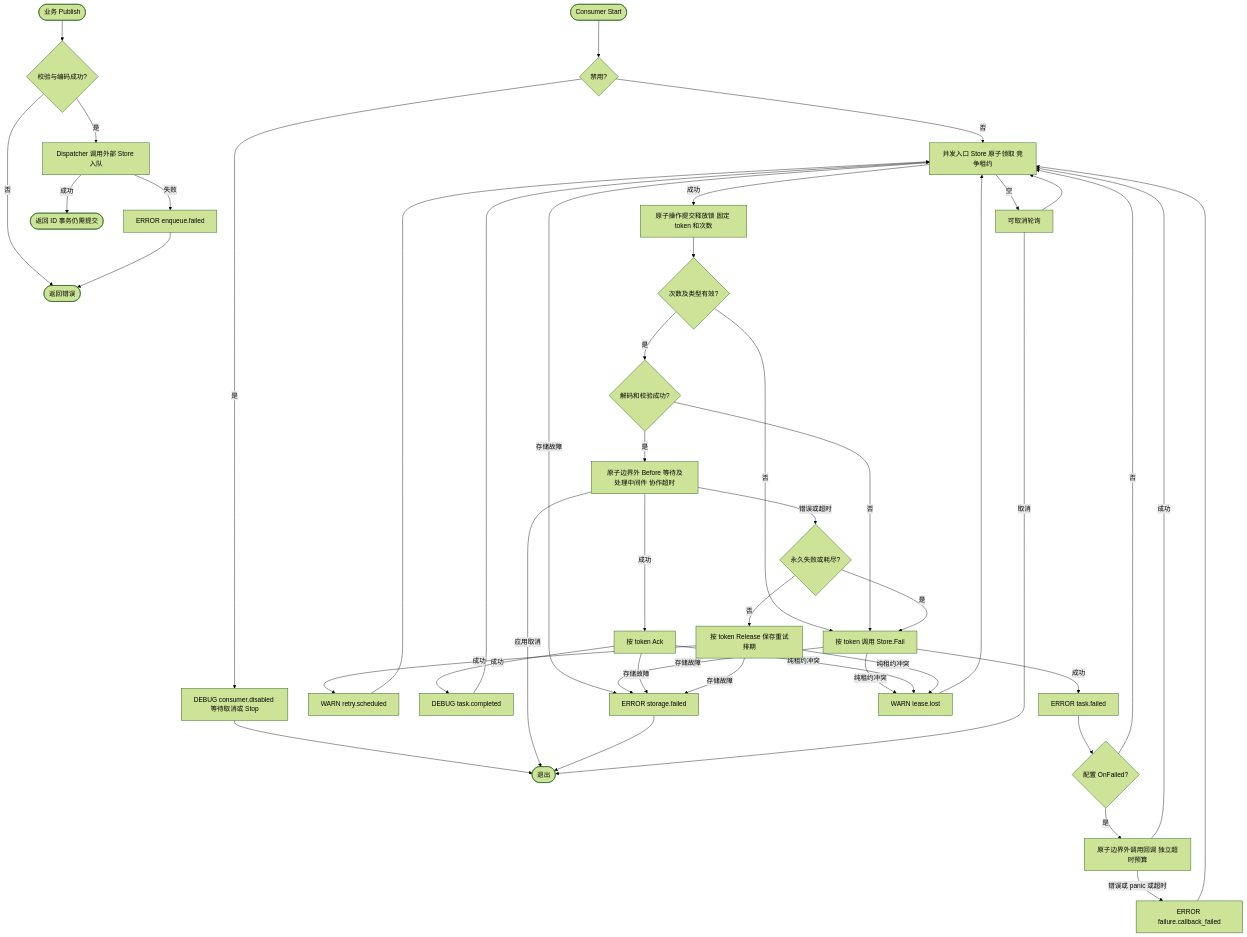
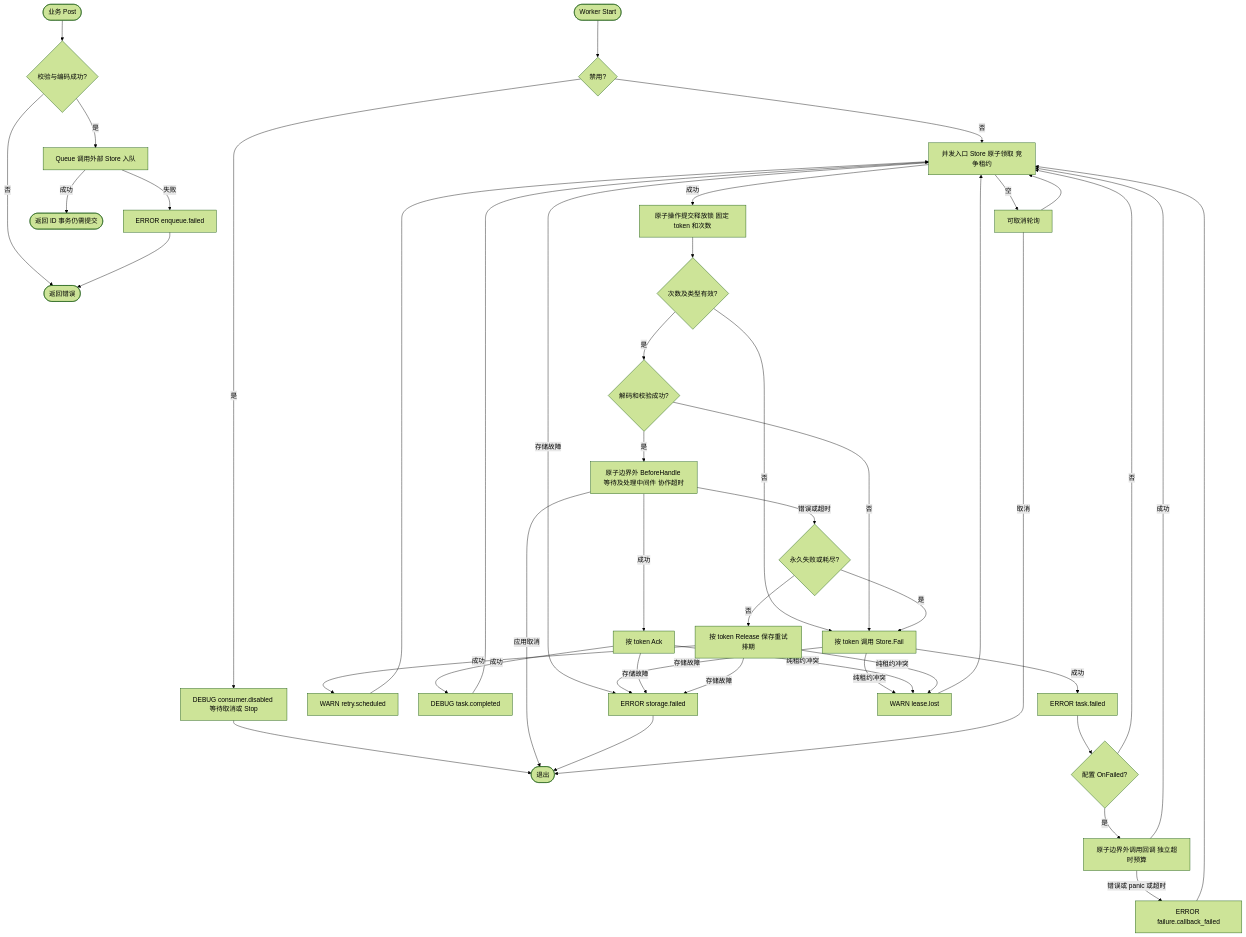
Before and after one commit to jaggerzhuang1994/kratos-foundation: the third of 3 diagrams in pkg/queue/typed.md, drawn with Mermaid (forest theme). The commit also changed other lines of this file and 51 other files, not shown here.

````diff
--- a/pkg/queue/typed.md
+++ b/pkg/queue/typed.md
@@ -130,41 +163,41 @@
 ```mermaid
 flowchart TD
-    A([业务 Publish]) --> B{校验与编码成功?}
+    A([业务 Post]) --> B{校验与编码成功?}
     B -- 否 --> Z([返回错误])
-    B -- 是 --> C[Dispatcher 调用外部 Store 入队]
+    B -- 是 --> C[Queue 调用外部 Store 入队]
     C -- 失败 --> D[ERROR enqueue.failed]
     D --> Z
     C -- 成功 --> E([返回 ID 事务仍需提交])
-    F([Consumer Start]) --> G{禁用?}
+    F([Worker Start]) --> G{禁用?}
     G -- 是 --> H[DEBUG consumer.disabled 等待取消或 Stop]
     H --> END([退出])
     G -- 否 --> I[并发入口 Store 原子领取 竞争租约]
     I -- 空 --> W[可取消轮询]
     W --> I
     I -- 成功 --> J[原子操作提交释放锁 固定 token 和次数]
     J --> K{次数及类型有效?}
     K -- 否 --> FAIL[按 token 调用 Store.Fail]
     K -- 是 --> L{解码和校验成功?}
     L -- 否 --> FAIL
-    L -- 是 --> M[原子边界外 Before 等待及处理中间件 协作超时]
+    L -- 是 --> M[原子边界外 BeforeHandle 等待及处理中间件 协作超时]
     M -- 应用取消 --> END
     M -- 成功 --> ACK[按 token Ack]
     M -- 错误或超时 --> N{永久失败或耗尽?}
     N -- 是 --> FAIL
     N -- 否 --> R[按 token Release 保存重试排期]
     R -- 成功 --> RL[WARN retry.scheduled]
     ACK -- 成功 --> AL[DEBUG task.completed]
     FAIL -- 成功 --> FL[ERROR task.failed]
     FL --> CB{配置 OnFailed?}
     CB -- 否 --> I
     CB -- 是 --> CALL[原子边界外调用回调 独立超时预算]
     CALL -- 成功 --> I
     CALL -- 错误或 panic 或超时 --> CL[ERROR failure.callback_failed]
     CL --> I
     RL & AL --> I
     I & FAIL & ACK & R -- 存储故障 --> SL[ERROR storage.failed]
     SL --> END
     FAIL & ACK & R -- 纯租约冲突 --> LL[WARN lease.lost]
     LL --> I
     W -- 取消 --> END
 ```
````
